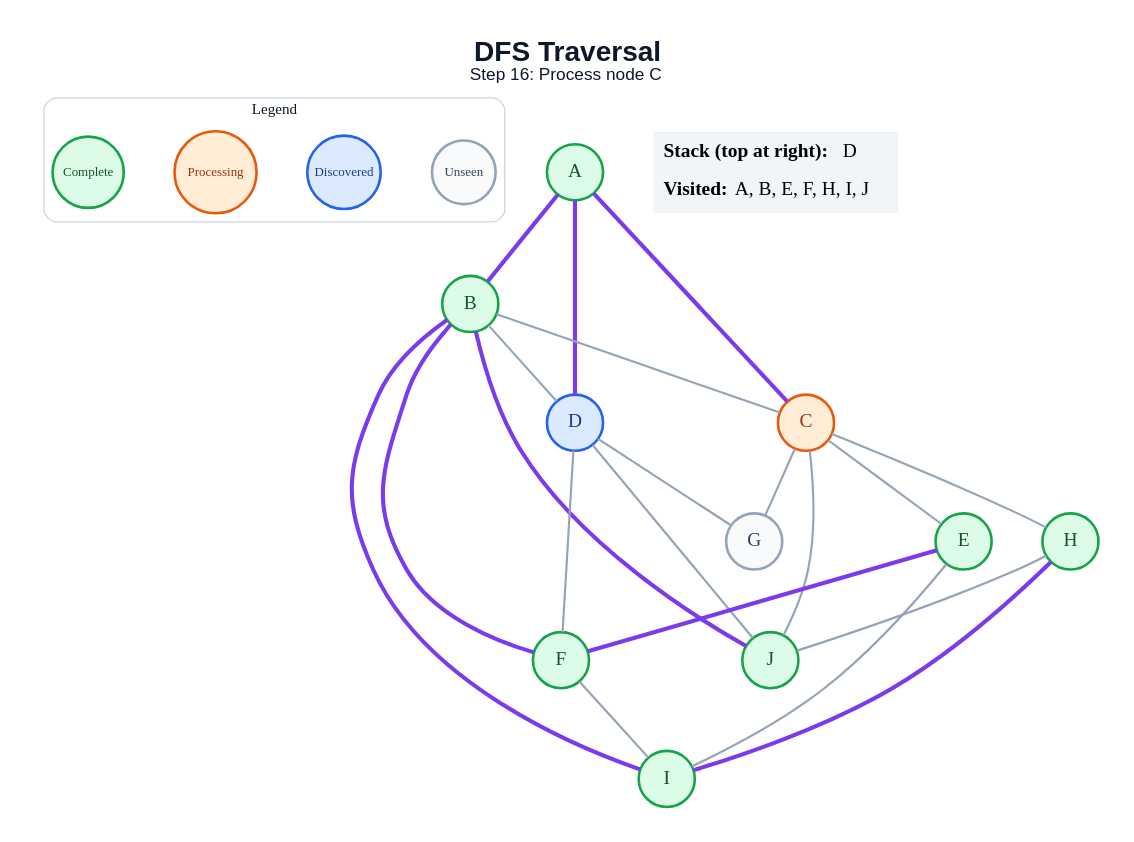
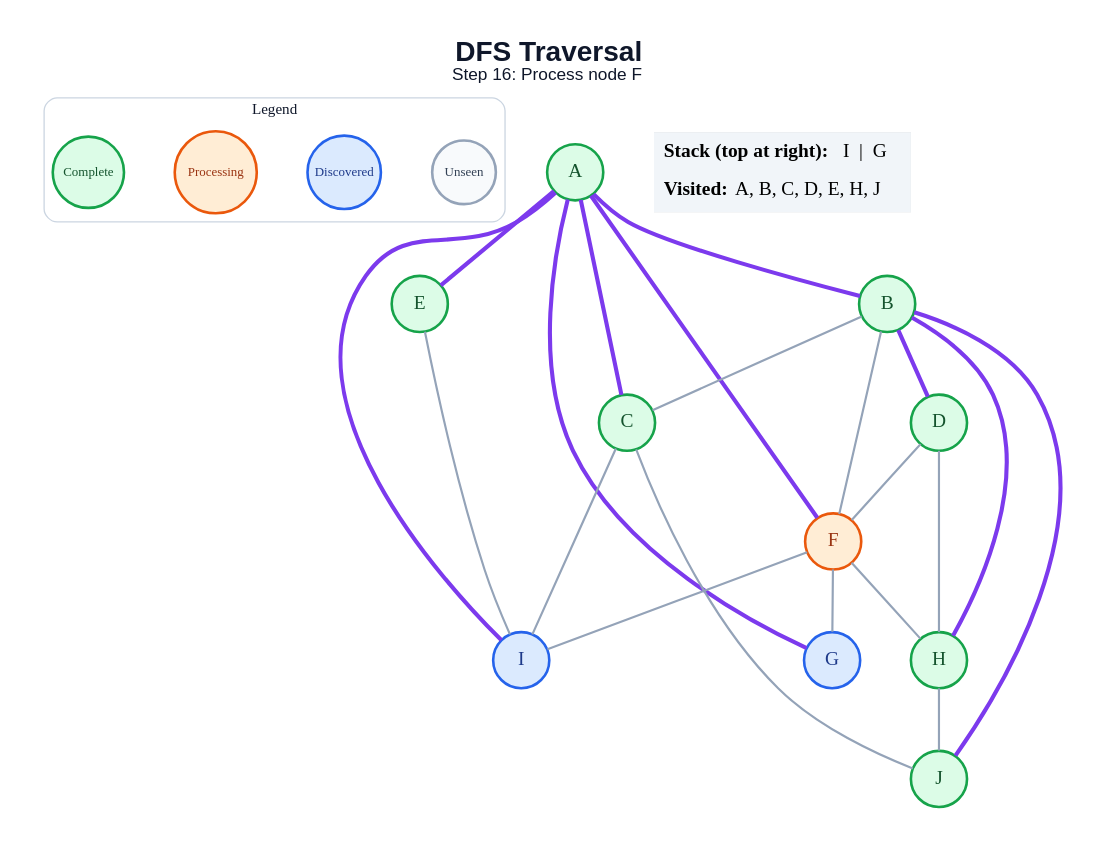
Before and after one commit to anon7238593-create/ai-slop: the diagram in generated/dfs/step_16.dot, drawn with Graphviz. The commit also changed 171 other files, not shown here.

```diff
--- a/generated/dfs/step_16.dot
+++ b/generated/dfs/step_16.dot
@@ -1,49 +1,49 @@
 graph traversal {
   graph [layout=dot, rankdir=TB, bgcolor="#FFFFFF", pad="0.35", nodesep="0.65", ranksep="0.8", fontname="Arial"];
   node [shape=circle, style="filled", fontname="Arial Bold", fontsize=18, width=0.72, fixedsize=true, penwidth=2.4];
   edge [color="#94A3B8", penwidth=2.0];
-  label=<<B>DFS Traversal</B><BR/><FONT POINT-SIZE="16">Step 16: Process node C</FONT>>; labelloc="t"; fontsize=26; fontname="Arial"; fontcolor="#0F172A";
+  label=<<B>DFS Traversal</B><BR/><FONT POINT-SIZE="16">Step 16: Process node F</FONT>>; labelloc="t"; fontsize=26; fontname="Arial"; fontcolor="#0F172A";
   subgraph cluster_legend { label="Legend"; color="#CBD5E1"; penwidth=1.2; style="rounded"; fontsize=14; fontname="Arial Bold";
     key_unseen [label="Unseen", fillcolor="#F8FAFC", color="#94A3B8", fontcolor="#334155", fontsize=12, width=0.82];
     key_frontier [label="Discovered", fillcolor="#DBEAFE", color="#2563EB", fontcolor="#1E3A8A", fontsize=12, width=0.95];
     key_current [label="Processing", fillcolor="#FFEDD5", color="#EA580C", fontcolor="#9A3412", fontsize=12, width=1.05];
     key_done [label="Complete", fillcolor="#DCFCE7", color="#16A34A", fontcolor="#14532D", fontsize=12, width=0.92];
     { rank=same; key_unseen; key_frontier; key_current; key_done; }
   }
   A [fillcolor="#DCFCE7", color="#16A34A", fontcolor="#14532D"];
   B [fillcolor="#DCFCE7", color="#16A34A", fontcolor="#14532D"];
-  C [fillcolor="#FFEDD5", color="#EA580C", fontcolor="#9A3412"];
-  D [fillcolor="#DBEAFE", color="#2563EB", fontcolor="#1E3A8A"];
+  C [fillcolor="#DCFCE7", color="#16A34A", fontcolor="#14532D"];
+  D [fillcolor="#DCFCE7", color="#16A34A", fontcolor="#14532D"];
   E [fillcolor="#DCFCE7", color="#16A34A", fontcolor="#14532D"];
-  F [fillcolor="#DCFCE7", color="#16A34A", fontcolor="#14532D"];
-  G [fillcolor="#F8FAFC", color="#94A3B8", fontcolor="#334155"];
+  F [fillcolor="#FFEDD5", color="#EA580C", fontcolor="#9A3412"];
+  G [fillcolor="#DBEAFE", color="#2563EB", fontcolor="#1E3A8A"];
   H [fillcolor="#DCFCE7", color="#16A34A", fontcolor="#14532D"];
-  I [fillcolor="#DCFCE7", color="#16A34A", fontcolor="#14532D"];
+  I [fillcolor="#DBEAFE", color="#2563EB", fontcolor="#1E3A8A"];
   J [fillcolor="#DCFCE7", color="#16A34A", fontcolor="#14532D"];
   A -- B [color="#7C3AED", penwidth=3.8];
   A -- C [color="#7C3AED", penwidth=3.8];
-  A -- D [color="#7C3AED", penwidth=3.8];
+  A -- E [color="#7C3AED", penwidth=3.8];
+  A -- F [color="#7C3AED", penwidth=3.8];
+  A -- G [color="#7C3AED", penwidth=3.8];
+  A -- I [color="#7C3AED", penwidth=3.8];
   B -- C;
-  B -- D;
-  B -- F [color="#7C3AED", penwidth=3.8];
-  B -- I [color="#7C3AED", penwidth=3.8];
+  B -- D [color="#7C3AED", penwidth=3.8];
+  B -- F;
+  B -- H [color="#7C3AED", penwidth=3.8];
   B -- J [color="#7C3AED", penwidth=3.8];
-  C -- E;
-  C -- G;
-  C -- H;
+  C -- I;
   C -- J;
   D -- F;
-  D -- G;
-  D -- J;
-  E -- F [color="#7C3AED", penwidth=3.8];
+  D -- H;
   E -- I;
+  F -- G;
+  F -- H;
   F -- I;
-  H -- I [color="#7C3AED", penwidth=3.8];
   H -- J;
   status [shape=plain, fixedsize=false, width=0, height=0, margin=0, label=<
     <TABLE BORDER="0" CELLBORDER="0" CELLPADDING="7" BGCOLOR="#F1F5F9">
-      <TR><TD ALIGN="LEFT"><B>Stack (top at right):</B> D</TD></TR>
-      <TR><TD ALIGN="LEFT"><B>Visited:</B> A, B, E, F, H, I, J</TD></TR>
+      <TR><TD ALIGN="LEFT"><B>Stack (top at right):</B> I  |  G</TD></TR>
+      <TR><TD ALIGN="LEFT"><B>Visited:</B> A, B, C, D, E, H, J</TD></TR>
     </TABLE>
   >];
 }
```
